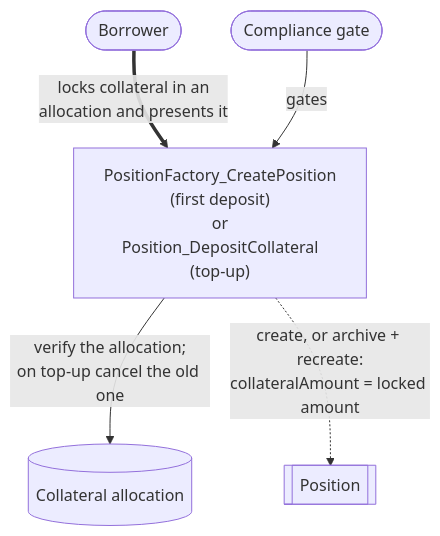
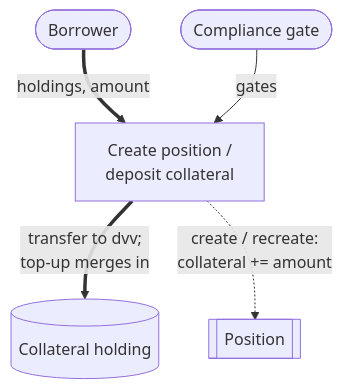
One commit to OpenZeppelin/canton-specs changed the second of 7 diagrams in docs/reference-architectures/lending.md. Above: the diagram before and after it, drawn with Mermaid. The commit also changed other lines of this file, not shown here.

````diff
--- a/docs/reference-architectures/lending.md
+++ b/docs/reference-architectures/lending.md
@@ -342,13 +265,13 @@
 ```mermaid
 flowchart TD
     Borrower([Borrower])
     Compliance(["Compliance gate"])
-    Choice["PositionFactory_CreatePosition<br/>(first deposit)<br/>or<br/>Position_DepositCollateral<br/>(top-up)"]
+    Choice["Create position /<br/>deposit collateral"]
     Position[["Position"]]
-    Collateral[("Collateral allocation")]
+    Collateral[("Collateral holding")]
 
-    Borrower ==>|"locks collateral in an<br/>allocation and presents it"| Choice
+    Borrower ==>|"holdings, amount"| Choice
     Compliance -->|"gates"| Choice
-    Choice -->|"verify the allocation;<br/>on top-up cancel the old one"| Collateral
-    Choice -.->|"create, or archive + recreate:<br/>collateralAmount = locked amount"| Position
+    Choice ==>|"transfer to dvv;<br/>top-up merges in"| Collateral
+    Choice -.->|"create / recreate:<br/>collateral += amount"| Position
 ```
````
